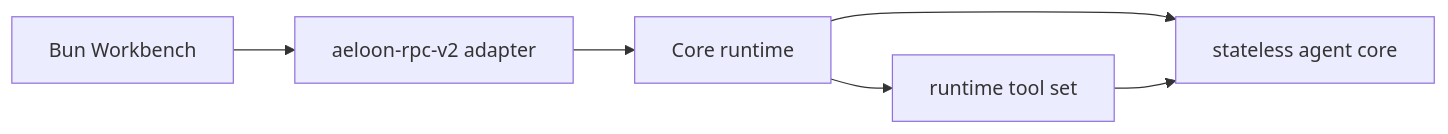
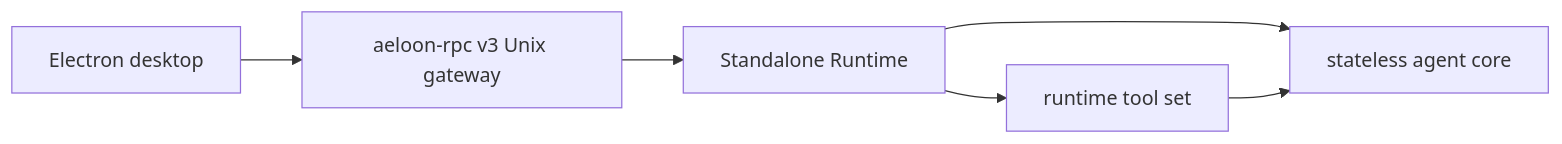
One commit to AetherHeart-AI/Aeloon-runtime changed the diagram in docs/architecture.md. Above: the diagram before and after it, drawn with Mermaid. The commit also changed other lines of this file and 4 other files, not shown here.

Commit message:
docs: describe the Runtime split, acceptance criteria and architecture

````diff
--- a/docs/architecture.md
+++ b/docs/architecture.md
@@ -6,8 +6,8 @@
 ```mermaid
 flowchart LR
-    Workbench["Bun Workbench"] --> RPC["aeloon-rpc-v2 adapter"]
-    RPC --> Runtime["Core runtime"]
+    Desktop["Electron desktop"] --> RPC["aeloon-rpc v3 Unix gateway"]
+    RPC --> Runtime["Standalone Runtime"]
     Runtime --> Agent["stateless agent core"]
     Runtime --> Tools["runtime tool set"]
     Tools --> Agent
 ```
````
